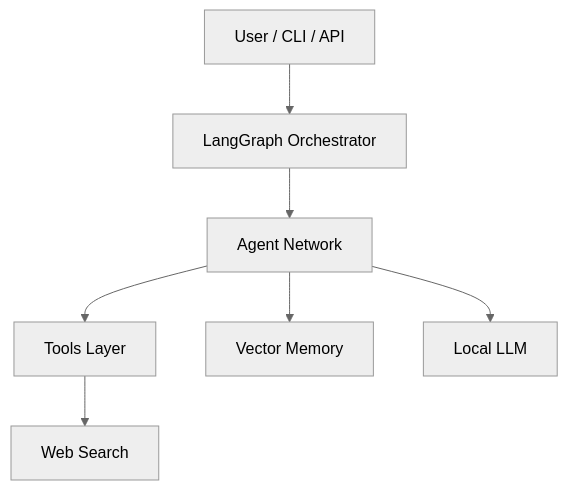
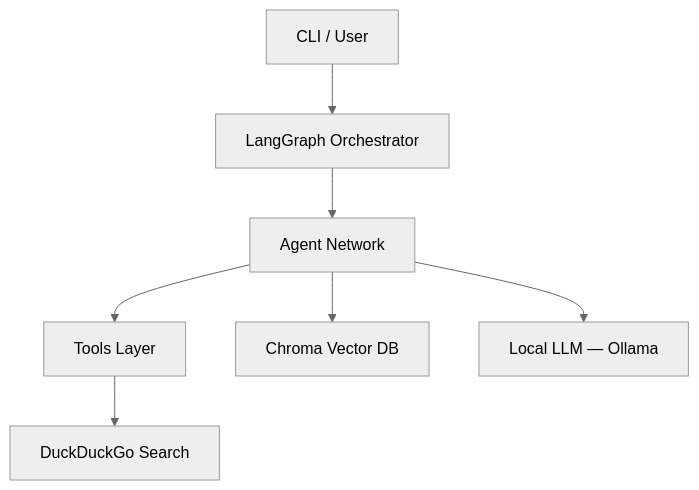
Before and after one commit to AlexChariot/agent-system-advanced: the fifth of 5 diagrams in README.md, drawn with Mermaid (neutral theme). The commit also changed other lines of this file and 15 other files, not shown here.

````diff
--- a/README.md
+++ b/README.md
@@ -154,27 +130,17 @@
 ```mermaid
 flowchart TD
-  
-User[User / CLI / API]
-  
-Orchestrator[LangGraph Orchestrator]
-  
-Agents[Agent Network]
-  
-Tools[Tools Layer]
-  
-Memory[Vector Memory]
-  
-LLM[Local LLM]
-  
-Web[Web Search]
-  
-User --> Orchestrator
-  
-Orchestrator --> Agents
-  
-Agents --> Tools
-Agents --> Memory
-Agents --> LLM
-  
-Tools --> Web
+    User[CLI / User]
+    Orchestrator[LangGraph Orchestrator]
+    Agents[Agent Network]
+    Tools[Tools Layer]
+    Memory[Chroma Vector DB]
+    LLM[Local LLM — Ollama]
+    Web[DuckDuckGo Search]
+
+    User --> Orchestrator
+    Orchestrator --> Agents
+    Agents --> Tools
+    Agents --> Memory
+    Agents --> LLM
+    Tools --> Web
 ```
````
